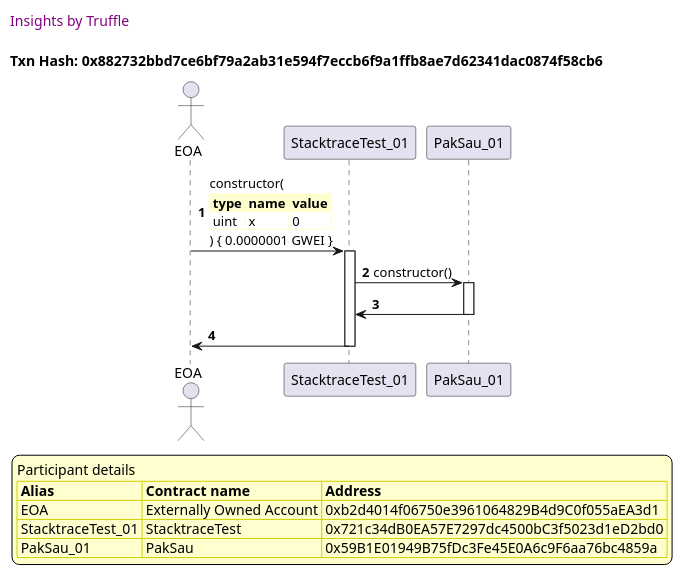
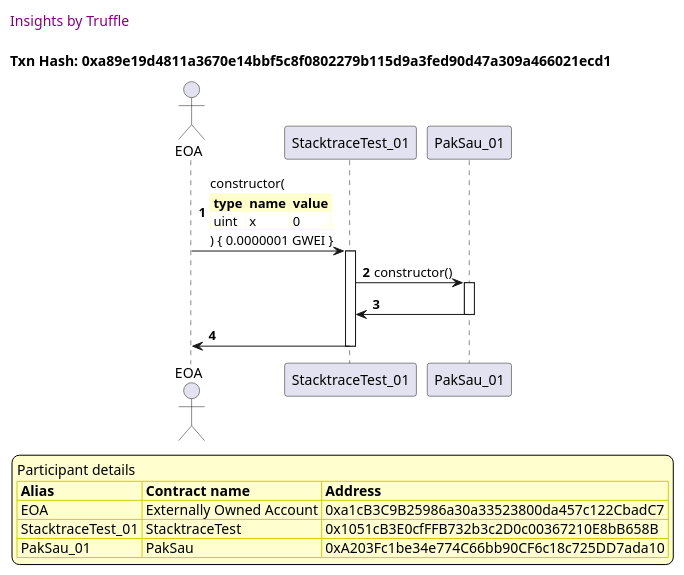
One commit to trufflesuite/txlog-seedlings changed the fifth of 10 diagrams in truffle-seq/stacktrace.test.md. Above: the diagram before and after it, drawn with PlantUML. The commit also changed other lines of this file and 8 other files, not shown here.

````diff
--- a/truffle-seq/stacktrace.test.md
+++ b/truffle-seq/stacktrace.test.md
@@ -253,44 +253,44 @@
 ```plantuml
 
 
 @startuml
 
 autonumber
 skinparam legendBackgroundColor #FEFECE
 
 <style>
       header {
         HorizontalAlignment left
         FontColor purple
         FontSize 14
         Padding 10
       }
     </style>
 
 header Insights by Truffle
 
-title Txn Hash: 0x882732bbd7ce6bf79a2ab31e594f7eccb6f9a1ffb8ae7d62341dac0874f58cb6
+title Txn Hash: 0xa89e19d4811a3670e14bbf5c8f0802279b115d9a3fed90d47a309a466021ecd1
 
 
 actor EOA as "EOA"
 participant StacktraceTest_01 as "StacktraceTest_01"
 participant PakSau_01 as "PakSau_01"
 
 "EOA" -> "StacktraceTest_01" ++: constructor(\n\
 <#FEFECE,#FEFECE>|= type |= name |= value |\n\
 | uint | x | 0 |\n\
 ) { 0.0000001 GWEI }
 "StacktraceTest_01" -> "PakSau_01" ++: constructor()
 "PakSau_01" -> "StacktraceTest_01" --: 
 "StacktraceTest_01" -> "EOA" --: 
 
 legend
 Participant details
 <#FEFECE,#D0D000>|= Alias |= Contract name |= Address |
-<#FEFECE>| EOA | Externally Owned Account | 0xb2d4014f06750e3961064829B4d9C0f055aEA3d1 |
-<#FEFECE>| StacktraceTest_01 | StacktraceTest | 0x721c34dB0EA57E7297dc4500bC3f5023d1eD2bd0 |
-<#FEFECE>| PakSau_01 | PakSau | 0x59B1E01949B75fDc3Fe45E0A6c9F6aa76bc4859a |
+<#FEFECE>| EOA | Externally Owned Account | 0xa1cB3C9B25986a30a33523800da457c122CbadC7 |
+<#FEFECE>| StacktraceTest_01 | StacktraceTest | 0x1051cB3E0cfFFB732b3c2D0c00367210E8bB658B |
+<#FEFECE>| PakSau_01 | PakSau | 0xA203Fc1be34e774C66bb90CF6c18c725DD7ada10 |
 endlegend
 
 @enduml
 ```
````
